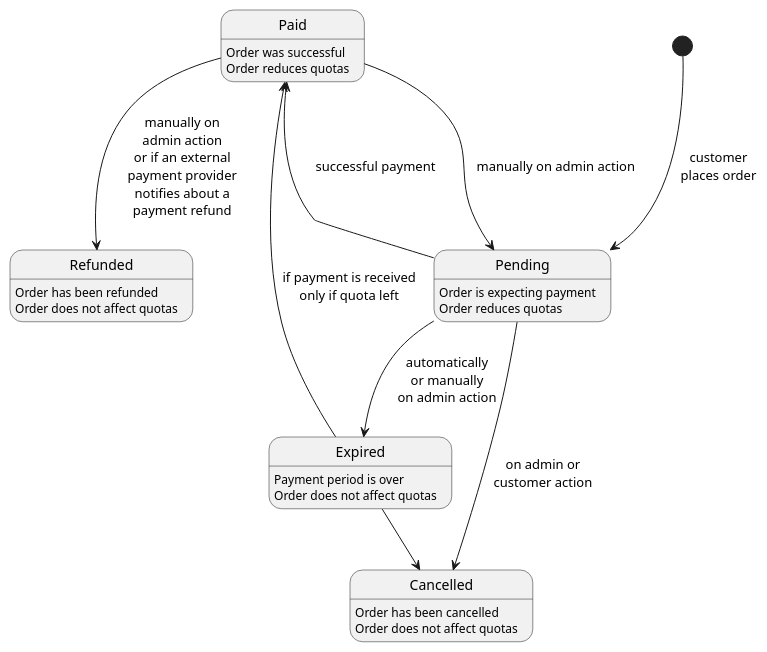
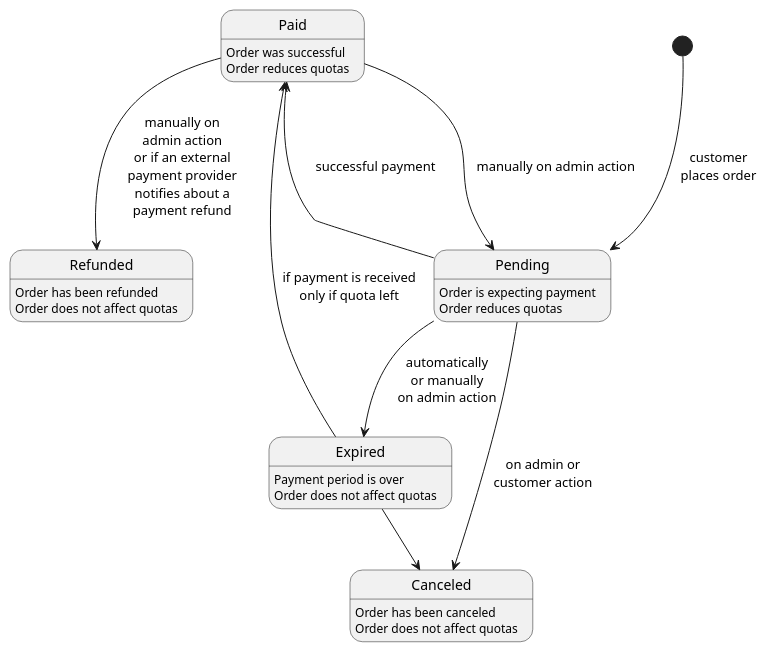
One commit to pretix/pretix changed the diagram in doc/images/order_states.puml. Above: the diagram before and after it, drawn with PlantUML. The commit also changed 24 other files, not shown here.

```diff
--- a/doc/images/order_states.puml
+++ b/doc/images/order_states.puml
@@ -1,18 +1,18 @@
 @startuml
 
 Pending: Order is expecting payment\nOrder reduces quotas
 Expired: Payment period is over\nOrder does not affect quotas
 Paid: Order was successful\nOrder reduces quotas
-Cancelled: Order has been cancelled\nOrder does not affect quotas
+Canceled: Order has been canceled\nOrder does not affect quotas
 Refunded: Order has been refunded\nOrder does not affect quotas
 
 [*] --> Pending: customer\nplaces order
 Pending --> Paid: successful payment
 Pending --> Expired: automatically\nor manually\non admin action
 Expired --> Paid: if payment is received\nonly if quota left
-Expired --> Cancelled
+Expired --> Canceled
 Paid --> Refunded: manually on\nadmin action\nor if an external\npayment provider\nnotifies about a\npayment refund
-Pending --> Cancelled: on admin or\ncustomer action
+Pending --> Canceled: on admin or\ncustomer action
 Paid -> Pending: manually on admin action
 
 @enduml
```
